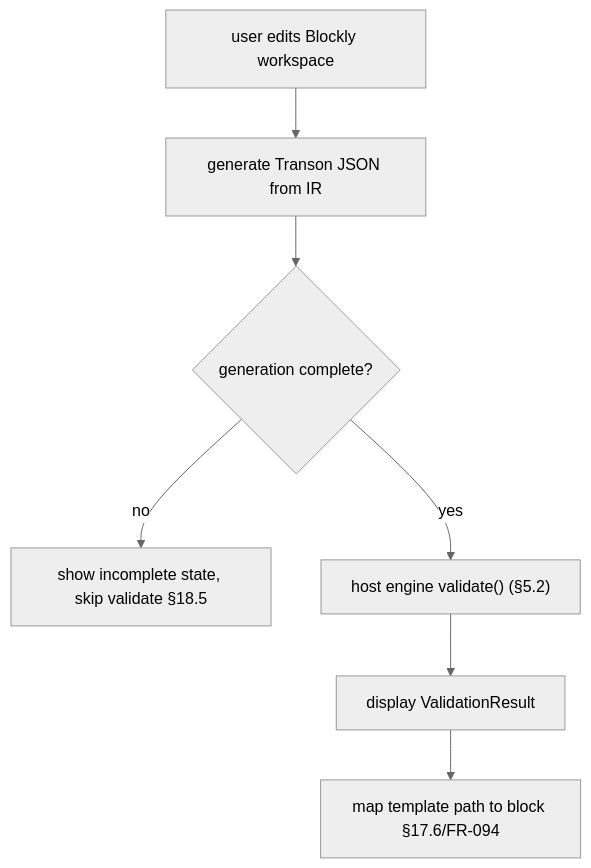
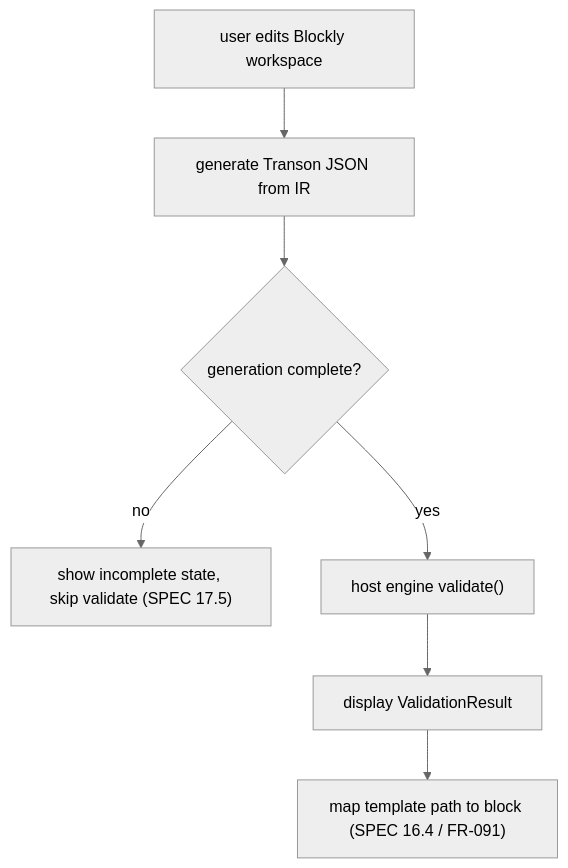
One commit to transon-org/transon-blockly changed the seventh of 9 diagrams in docs/ARCHITECTURE.md. Above: the diagram before and after it, drawn with Mermaid (neutral theme). The commit also changed other lines of this file and 4 other files, not shown here.

````diff
--- a/docs/ARCHITECTURE.md
+++ b/docs/ARCHITECTURE.md
@@ -418,9 +473,9 @@
 ```mermaid
 flowchart TD
     A[user edits Blockly workspace] --> B[generate Transon JSON from IR]
     B --> C{generation complete?}
-    C -->|no| C1[show incomplete state, skip validate §18.5]
-    C -->|yes| D["host engine validate() (§5.2)"]
+    C -->|no| C1["show incomplete state, skip validate (SPEC 17.5)"]
+    C -->|yes| D["host engine validate()"]
     D --> E[display ValidationResult]
-    E --> F[map template path to block §17.6/FR-094]
+    E --> F["map template path to block (SPEC 16.4 / FR-091)"]
 ```
````
